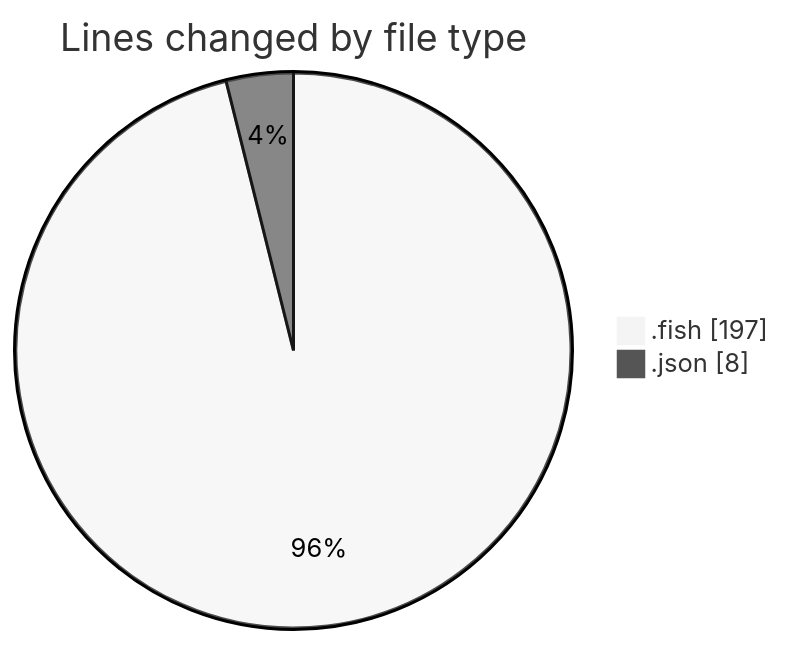
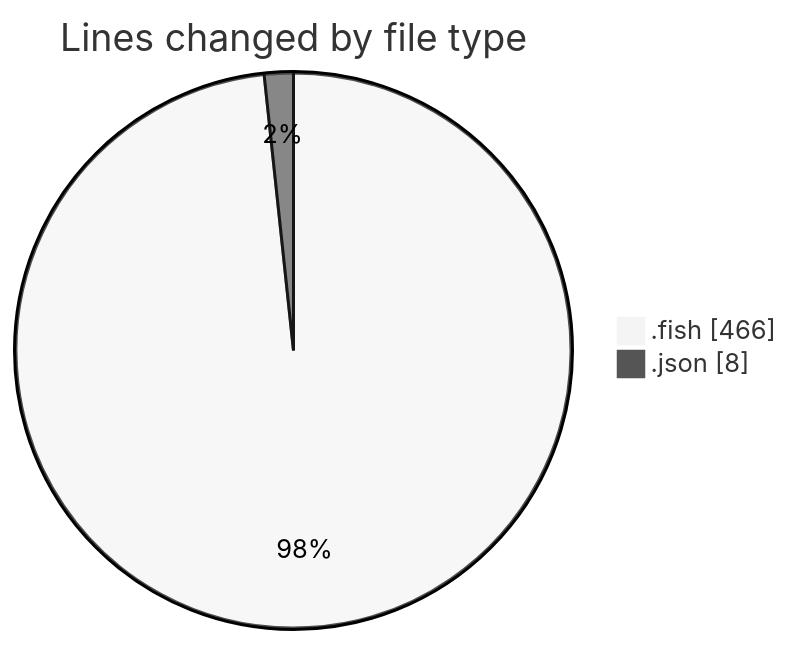
Before and after one commit to EIIisD/code-tracking: the first of 2 diagrams in 2025-07-11/fish/README.md, drawn with Mermaid (neutral theme). The commit also changed other lines of this file and 1 other file, not shown here.

````diff
--- a/2025-07-11/fish/README.md
+++ b/2025-07-11/fish/README.md
@@ -23,6 +24,6 @@
 ```mermaid
 pie showData
 title Lines changed by file type
-".fish" : 197
+".fish" : 466
 ".json" : 8
 ```
````
